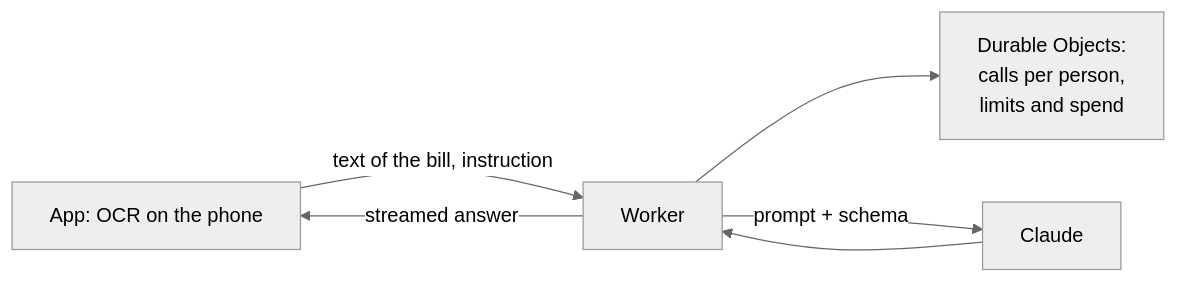
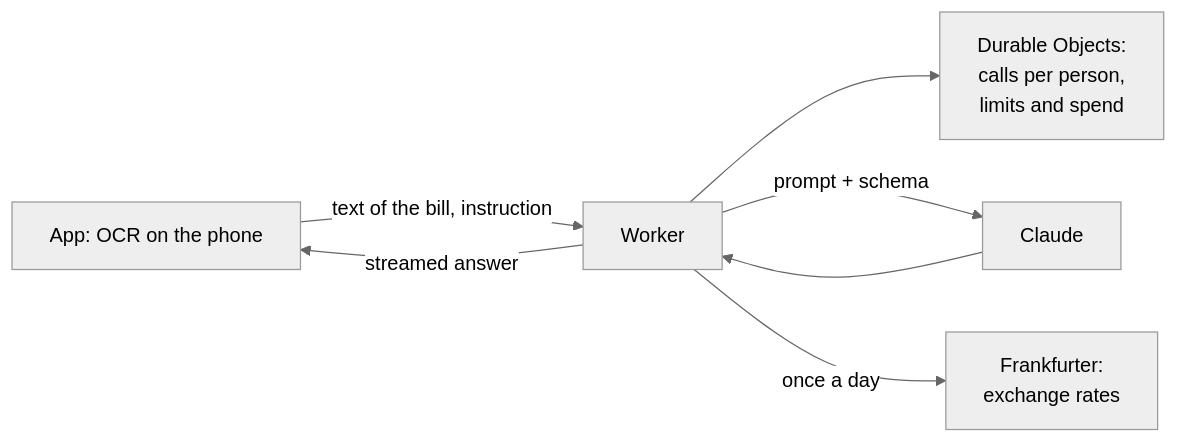
One commit to dantech0xff/split-bill-poc changed the diagram in docs/proxy.md. Above: the diagram before and after it, drawn with Mermaid (neutral theme). The commit also changed other lines of this file, not shown here.

First line of the commit message:
docs(proxy): describe the exchange rates, bills in several pages and the cron

````diff
--- a/docs/proxy.md
+++ b/docs/proxy.md
@@ -8,8 +9,9 @@
 ```mermaid
 flowchart LR
     app[App: OCR on the phone] -->|text of the bill, instruction| worker[Worker]
     worker --> limits[Durable Objects:<br/>calls per person,<br/>limits and spend]
     worker -->|prompt + schema| claude[Claude]
     claude --> worker
     worker -->|streamed answer| app
+    worker -->|once a day| rates[Frankfurter:<br/>exchange rates]
 ```
````
